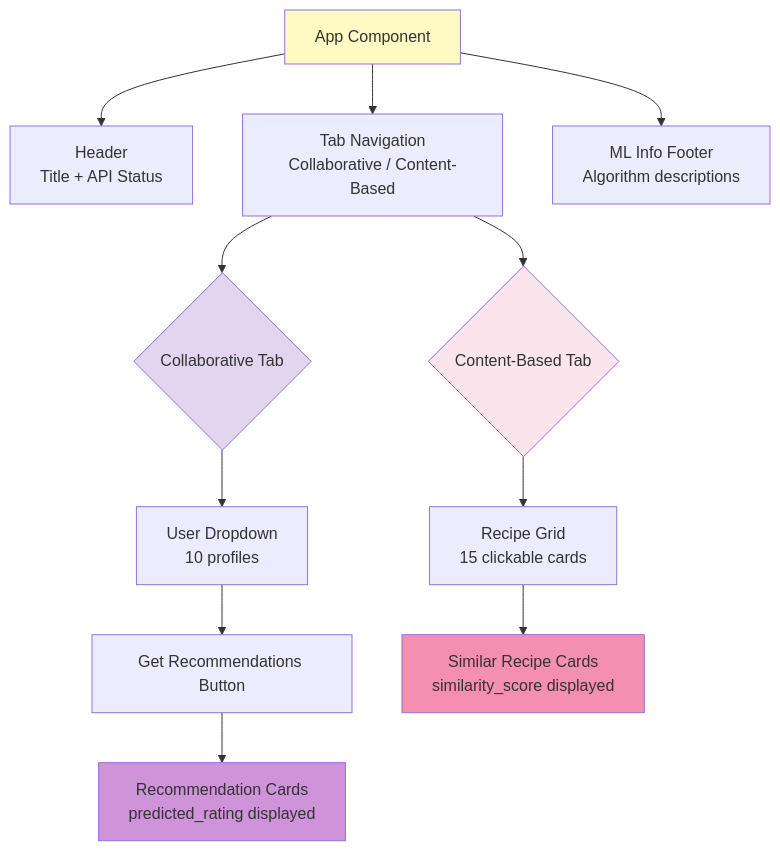
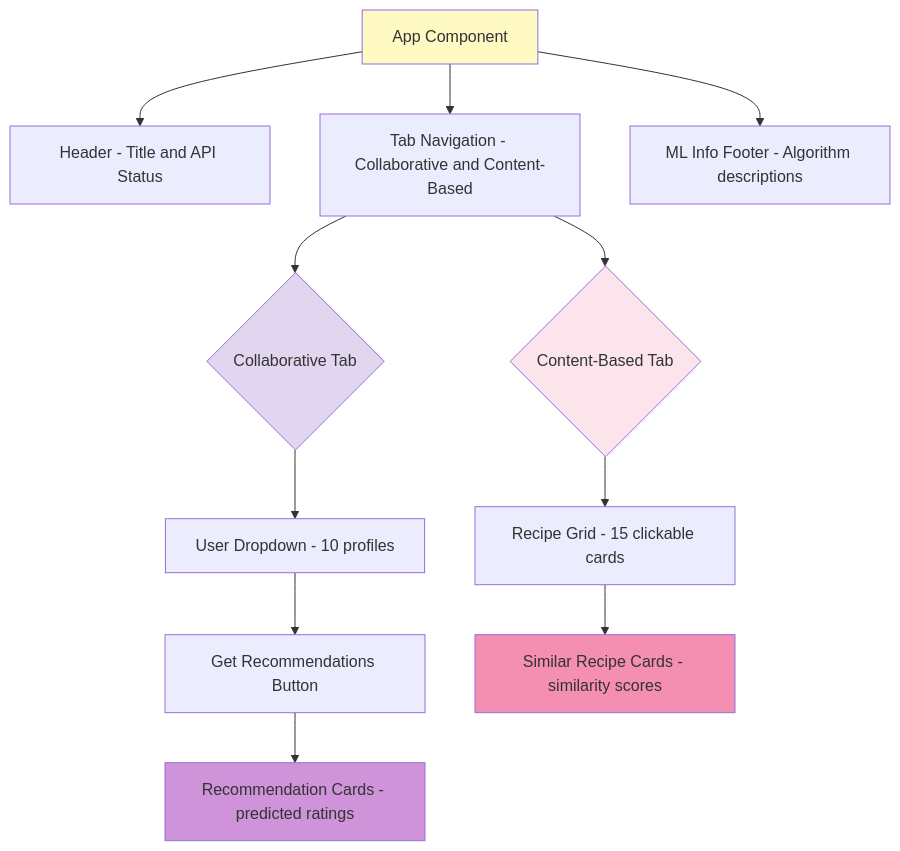
One commit to PritDudhia/RecipeRecommender changed the sixth of 9 diagrams in docs/FEATURE2-VISUAL-FLOW.md. Above: the diagram before and after it, drawn with Mermaid. The commit also changed other lines of this file, not shown here.

Commit message:
fix: Remove HTML tags from Mermaid diagrams in Feature 2 documentation

````diff
--- a/docs/FEATURE2-VISUAL-FLOW.md
+++ b/docs/FEATURE2-VISUAL-FLOW.md
@@ -164,23 +164,23 @@
 ```mermaid
 graph TD
-    App[App Component] --> Header[Header<br/>Title + API Status]
-    App --> TabNav[Tab Navigation<br/>Collaborative / Content-Based]
+    App[App Component] --> Header[Header - Title and API Status]
+    App --> TabNav[Tab Navigation - Collaborative and Content-Based]
     
     TabNav --> Tab1{Collaborative Tab}
     TabNav --> Tab2{Content-Based Tab}
     
-    Tab1 --> UserDropdown[User Dropdown<br/>10 profiles]
+    Tab1 --> UserDropdown[User Dropdown - 10 profiles]
     UserDropdown --> GetButton[Get Recommendations Button]
-    GetButton --> UserResults[Recommendation Cards<br/>predicted_rating displayed]
+    GetButton --> UserResults[Recommendation Cards - predicted ratings]
     
-    Tab2 --> RecipeGrid[Recipe Grid<br/>15 clickable cards]
-    RecipeGrid --> SimilarResults[Similar Recipe Cards<br/>similarity_score displayed]
+    Tab2 --> RecipeGrid[Recipe Grid - 15 clickable cards]
+    RecipeGrid --> SimilarResults[Similar Recipe Cards - similarity scores]
     
-    App --> Footer[ML Info Footer<br/>Algorithm descriptions]
+    App --> Footer[ML Info Footer - Algorithm descriptions]
     
     style App fill:#fff9c4
     style Tab1 fill:#e1d5f0
     style Tab2 fill:#fce4ec
     style UserResults fill:#ce93d8
     style SimilarResults fill:#f48fb1
 ```
````
